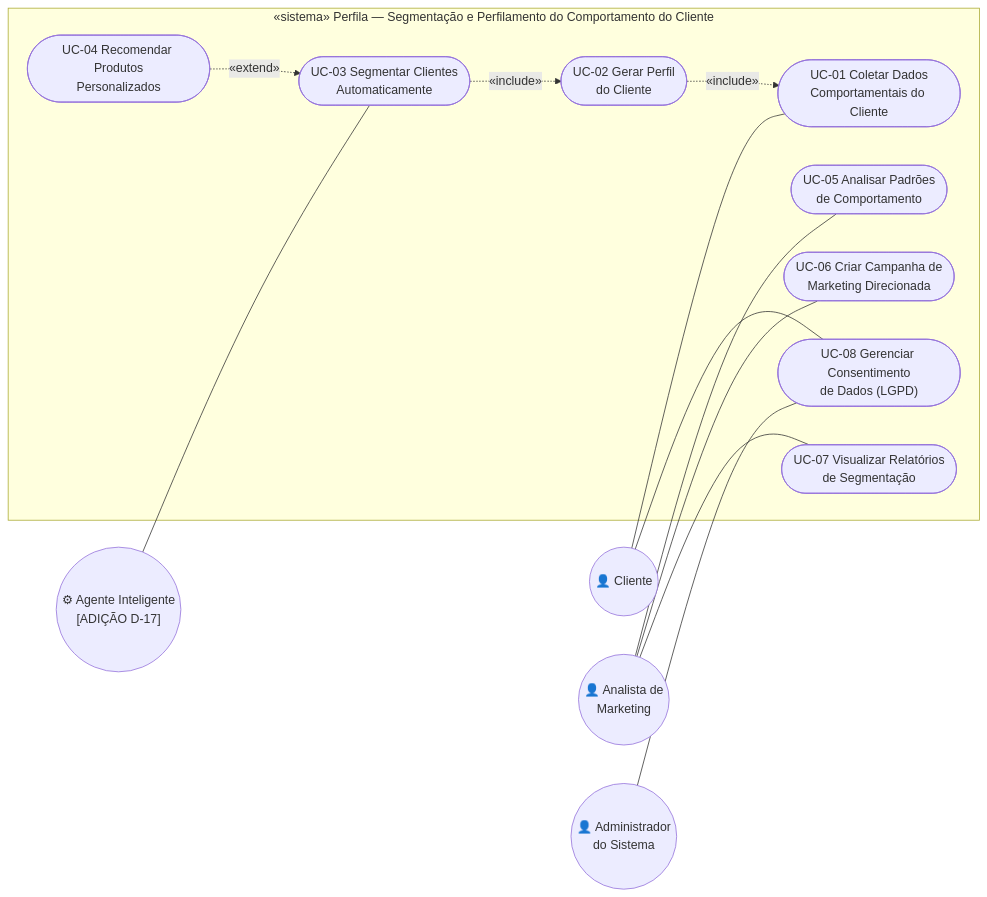
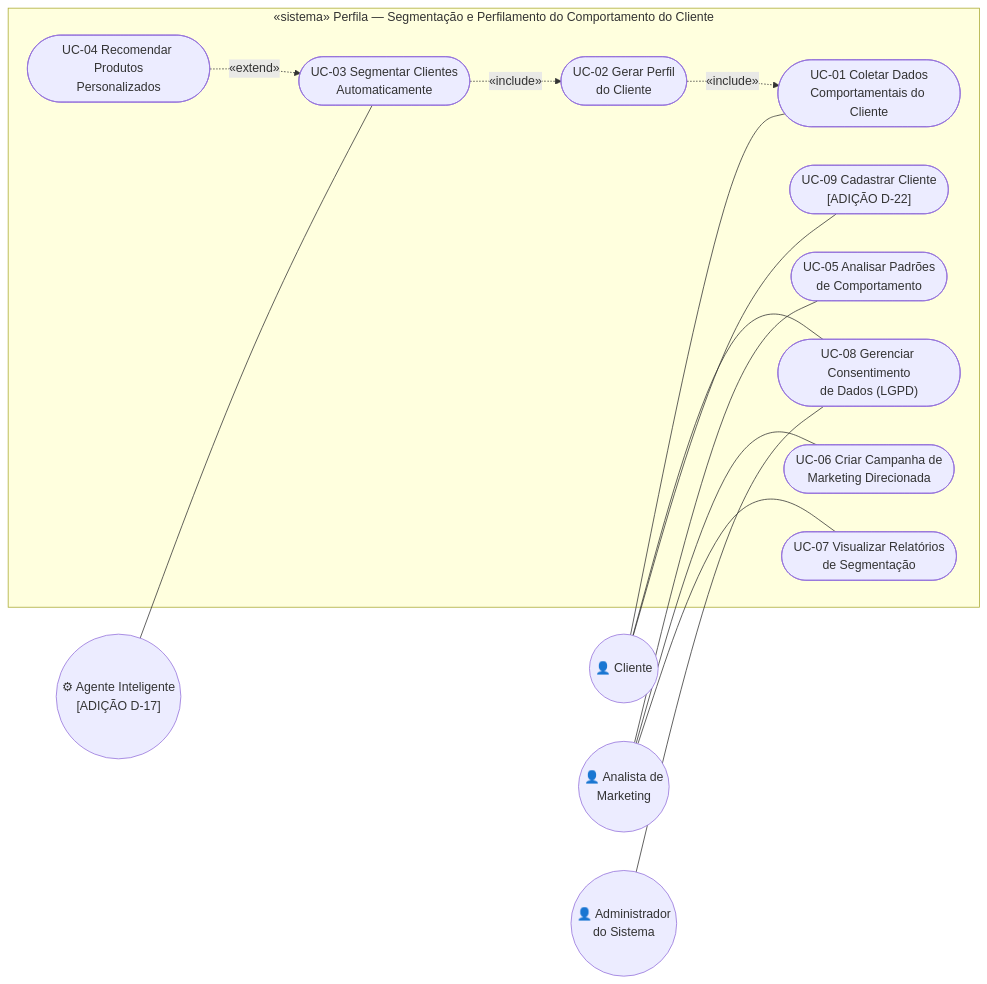
The diagram in docs/uml/UML1_casos_de_uso.md (sthefanyblima/perfila), drawn with Mermaid before and after one commit. The commit also changed other lines of this file and 54 other files, not shown here.

````diff
--- a/docs/uml/UML1_casos_de_uso.md
+++ b/docs/uml/UML1_casos_de_uso.md
@@ -9,30 +10,32 @@
 ```mermaid
 flowchart LR
   cliente(("👤 Cliente"))
   analista(("👤 Analista de<br/>Marketing"))
   admin(("👤 Administrador<br/>do Sistema"))
   agente(("⚙ Agente Inteligente<br/>[ADIÇÃO D-17]"))
 
   subgraph sistema["«sistema» Perfila — Segmentação e Perfilamento do Comportamento do Cliente"]
     UC01(["UC-01 Coletar Dados<br/>Comportamentais do Cliente"])
     UC02(["UC-02 Gerar Perfil<br/>do Cliente"])
     UC03(["UC-03 Segmentar Clientes<br/>Automaticamente"])
     UC04(["UC-04 Recomendar Produtos<br/>Personalizados"])
     UC05(["UC-05 Analisar Padrões<br/>de Comportamento"])
     UC06(["UC-06 Criar Campanha de<br/>Marketing Direcionada"])
     UC07(["UC-07 Visualizar Relatórios<br/>de Segmentação"])
     UC08(["UC-08 Gerenciar Consentimento<br/>de Dados (LGPD)"])
+    UC09(["UC-09 Cadastrar Cliente<br/>[ADIÇÃO D-22]"])
   end
 
   cliente --- UC01
   cliente --- UC08
+  cliente --- UC09
   admin --- UC08
   agente --- UC03
   analista --- UC05
   analista --- UC06
   analista --- UC07
 
   UC02 -. "«include»" .-> UC01
   UC03 -. "«include»" .-> UC02
   UC04 -. "«extend»" .-> UC03
 ```
````
